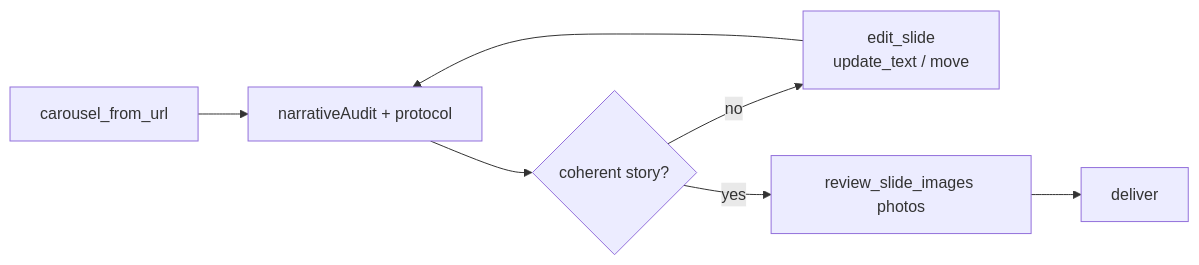
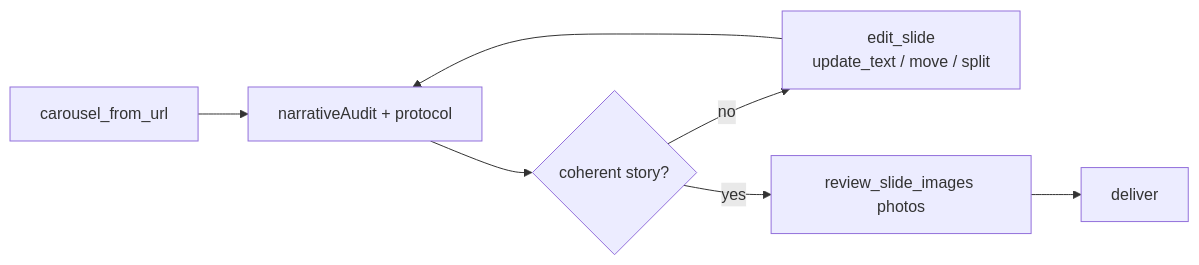
Before and after one commit to BlackBoxVision/carousel-generator: the fifth of 5 diagrams in README.md, drawn with Mermaid. The commit also changed other lines of this file and 14 other files, not shown here.

First line of the commit message:
feat: edit_slide editor parity and english agent protocols

````diff
--- a/README.md
+++ b/README.md
@@ -242,9 +244,9 @@
 ```mermaid
 flowchart LR
     A[carousel_from_url] --> B[narrativeAudit + protocol]
     B --> C{coherent story?}
-    C -->|no| D[edit_slide<br/>update_text / move]
+    C -->|no| D[edit_slide<br/>update_text / move / split]
     D --> B
     C -->|yes| E[review_slide_images photos]
     E --> F[deliver]
 ```
````
